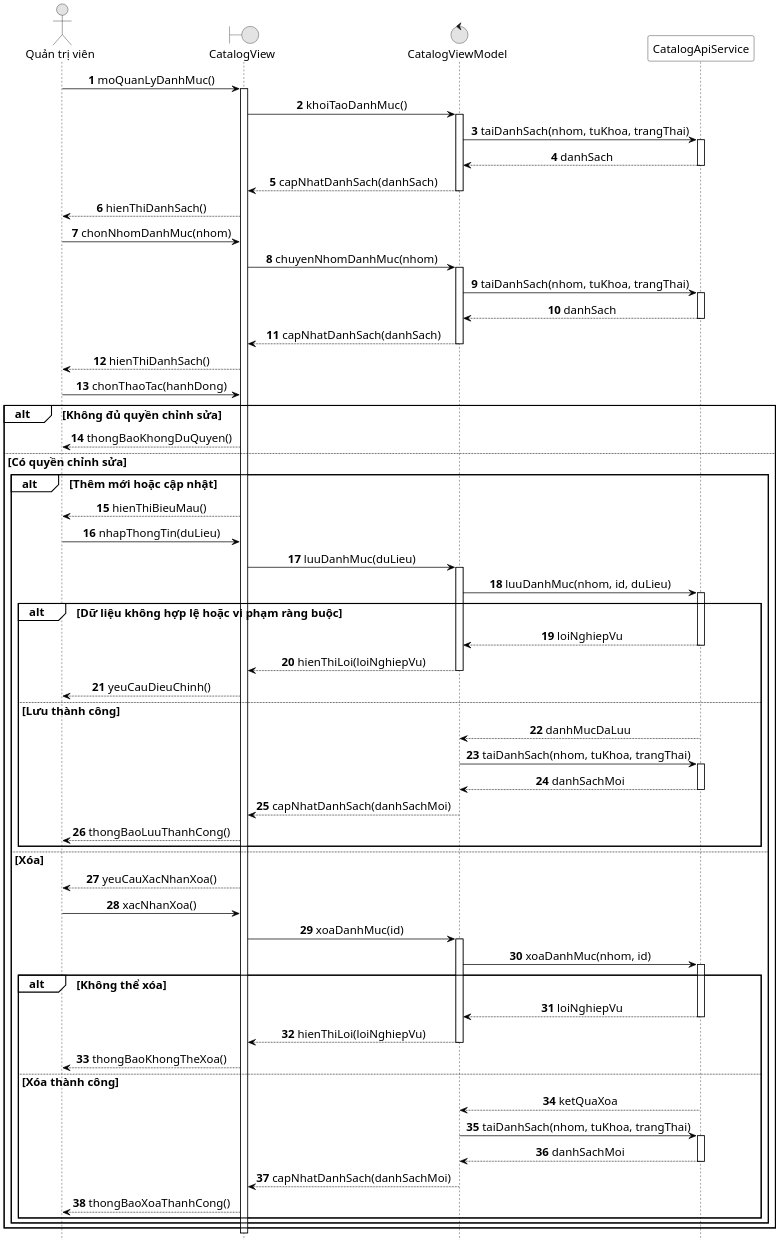
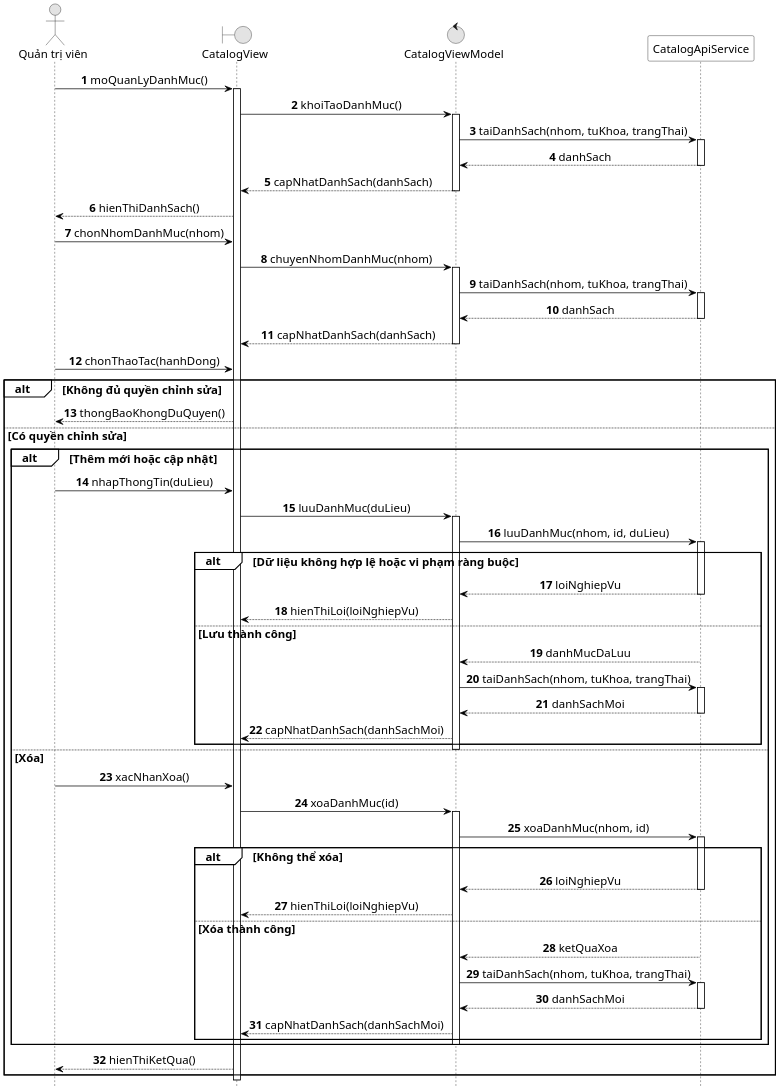
Before and after one commit to datngo1203/KLCN-QuanLyTiemChung: the diagram in docs/thesis/uml/Hinh_2_10_Sequence_Quan_Ly_Danh_Muc_Tiem_Chung.puml, drawn with PlantUML.

Commit message:
docs: compact UC1 sequence for A4 readability

```diff
--- a/docs/thesis/uml/Hinh_2_10_Sequence_Quan_Ly_Danh_Muc_Tiem_Chung.puml
+++ b/docs/thesis/uml/Hinh_2_10_Sequence_Quan_Ly_Danh_Muc_Tiem_Chung.puml
@@ -1,114 +1,108 @@
 @startuml
 ' THESIS-R1 - HUIT/Rational Rose Sequence Diagram profile
 ' UC1 - logical operations with code traceability
 skinparam monochrome true
 skinparam shadowing false
 skinparam backgroundColor white
 skinparam defaultFontName "Times New Roman"
 skinparam defaultFontSize 16
 skinparam dpi 180
 skinparam sequence {
   ArrowColor black
   LifeLineBorderColor black
   LifeLineBackgroundColor white
   ParticipantBorderColor black
   ParticipantBackgroundColor white
   ActorBorderColor black
   ActorFontColor black
   ParticipantFontColor black
   GroupBorderColor black
   GroupBackgroundColor white
   GroupFontColor black
   MessageAlign center
 }
 hide footbox
 autonumber
 
 actor "Quản trị viên" as Admin
 boundary "CatalogView" as View
 control "CatalogViewModel" as VM
 participant "CatalogApiService" as Service
 
 Admin -> View : moQuanLyDanhMuc()
 activate View
 View -> VM : khoiTaoDanhMuc()
 activate VM
 VM -> Service : taiDanhSach(nhom, tuKhoa, trangThai)
 activate Service
 Service --> VM : danhSach
 deactivate Service
 VM --> View : capNhatDanhSach(danhSach)
 deactivate VM
 View --> Admin : hienThiDanhSach()
 
 Admin -> View : chonNhomDanhMuc(nhom)
 View -> VM : chuyenNhomDanhMuc(nhom)
 activate VM
 VM -> Service : taiDanhSach(nhom, tuKhoa, trangThai)
 activate Service
 Service --> VM : danhSach
 deactivate Service
 VM --> View : capNhatDanhSach(danhSach)
 deactivate VM
-View --> Admin : hienThiDanhSach()
 
 Admin -> View : chonThaoTac(hanhDong)
 
 alt Không đủ quyền chỉnh sửa
   View --> Admin : thongBaoKhongDuQuyen()
 else Có quyền chỉnh sửa
   alt Thêm mới hoặc cập nhật
-    View --> Admin : hienThiBieuMau()
     Admin -> View : nhapThongTin(duLieu)
     View -> VM : luuDanhMuc(duLieu)
     activate VM
     VM -> Service : luuDanhMuc(nhom, id, duLieu)
     activate Service
 
     alt Dữ liệu không hợp lệ hoặc vi phạm ràng buộc
       Service --> VM : loiNghiepVu
       deactivate Service
       VM --> View : hienThiLoi(loiNghiepVu)
-      deactivate VM
-      View --> Admin : yeuCauDieuChinh()
     else Lưu thành công
       Service --> VM : danhMucDaLuu
       deactivate Service
       VM -> Service : taiDanhSach(nhom, tuKhoa, trangThai)
       activate Service
       Service --> VM : danhSachMoi
       deactivate Service
       VM --> View : capNhatDanhSach(danhSachMoi)
-      deactivate VM
-      View --> Admin : thongBaoLuuThanhCong()
     end
+    deactivate VM
+
   else Xóa
-    View --> Admin : yeuCauXacNhanXoa()
     Admin -> View : xacNhanXoa()
     View -> VM : xoaDanhMuc(id)
     activate VM
     VM -> Service : xoaDanhMuc(nhom, id)
     activate Service
 
     alt Không thể xóa
       Service --> VM : loiNghiepVu
       deactivate Service
       VM --> View : hienThiLoi(loiNghiepVu)
-      deactivate VM
-      View --> Admin : thongBaoKhongTheXoa()
     else Xóa thành công
       Service --> VM : ketQuaXoa
       deactivate Service
       VM -> Service : taiDanhSach(nhom, tuKhoa, trangThai)
       activate Service
       Service --> VM : danhSachMoi
       deactivate Service
       VM --> View : capNhatDanhSach(danhSachMoi)
-      deactivate VM
-      View --> Admin : thongBaoXoaThanhCong()
     end
+    deactivate VM
   end
+
+  View --> Admin : hienThiKetQua()
 end
 
 deactivate View
 @enduml
```
